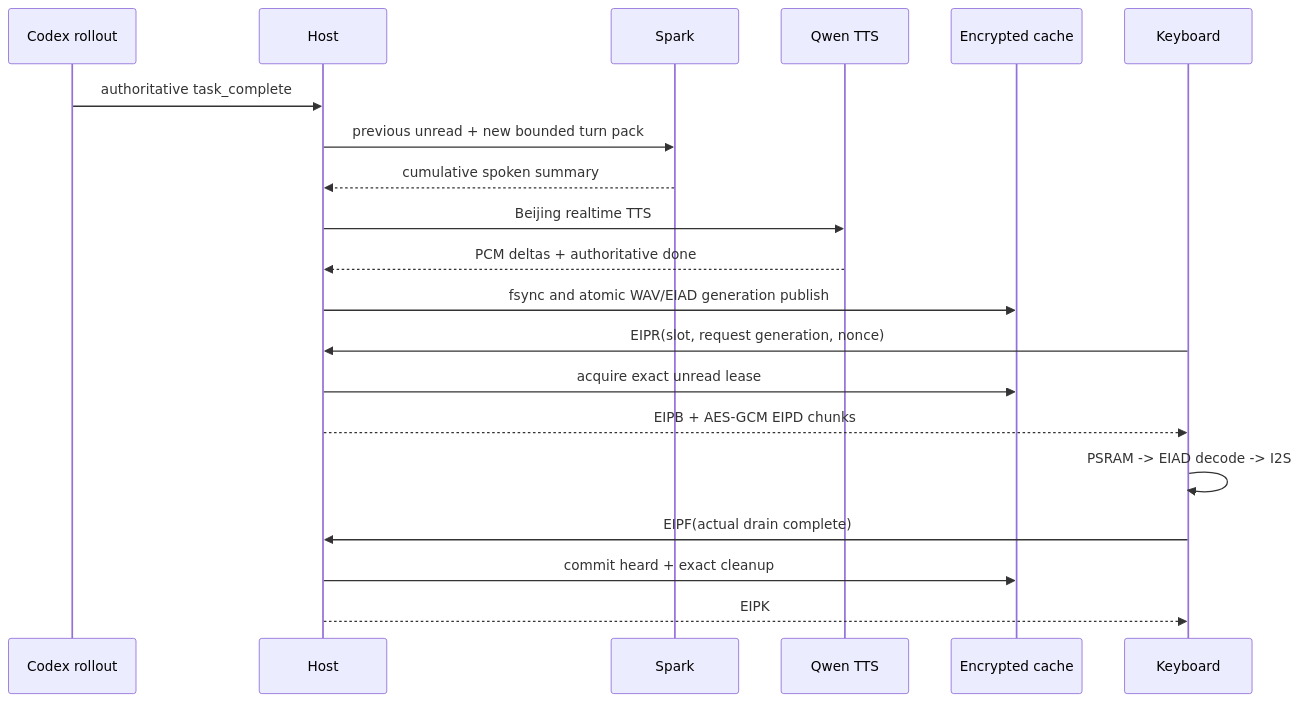
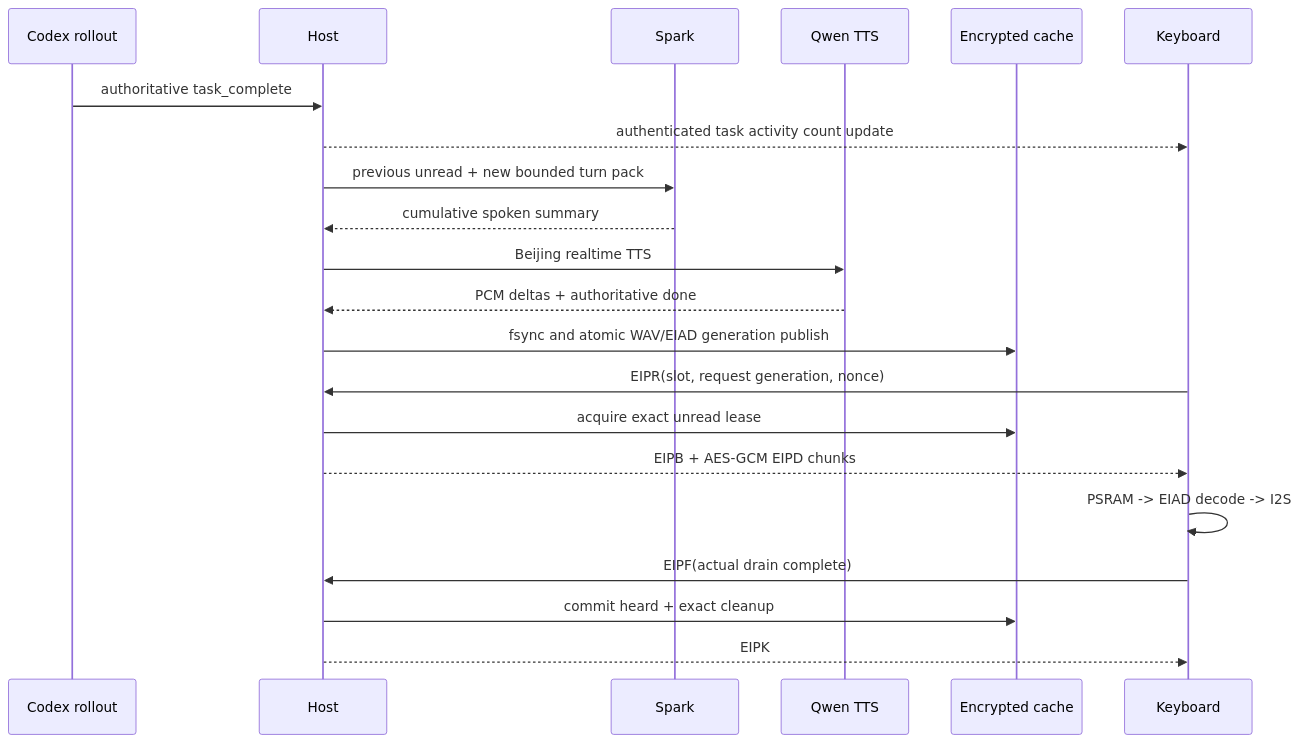
The third of 3 diagrams in docs/端到端架构.md (Larkspur-Wang/Codex_Keyboard), drawn with Mermaid before and after one commit. The commit also changed other lines of this file and 37 other files, not shown here.

Commit message:
feat: use fifth LED for task activity

````diff
--- a/docs/端到端架构.md
+++ b/docs/端到端架构.md
@@ -61,23 +64,24 @@
 ```mermaid
 sequenceDiagram
     participant C as Codex rollout
     participant H as Host
     participant S as Spark
     participant T as Qwen TTS
     participant D as Encrypted cache
     participant K as Keyboard
 
     C->>H: authoritative task_complete
+    H-->>K: authenticated task activity count update
     H->>S: previous unread + new bounded turn pack
     S-->>H: cumulative spoken summary
     H->>T: Beijing realtime TTS
     T-->>H: PCM deltas + authoritative done
     H->>D: fsync and atomic WAV/EIAD generation publish
     K->>H: EIPR(slot, request generation, nonce)
     H->>D: acquire exact unread lease
     H-->>K: EIPB + AES-GCM EIPD chunks
     K->>K: PSRAM -> EIAD decode -> I2S
     K->>H: EIPF(actual drain complete)
     H->>D: commit heard + exact cleanup
     H-->>K: EIPK
 ```
````
